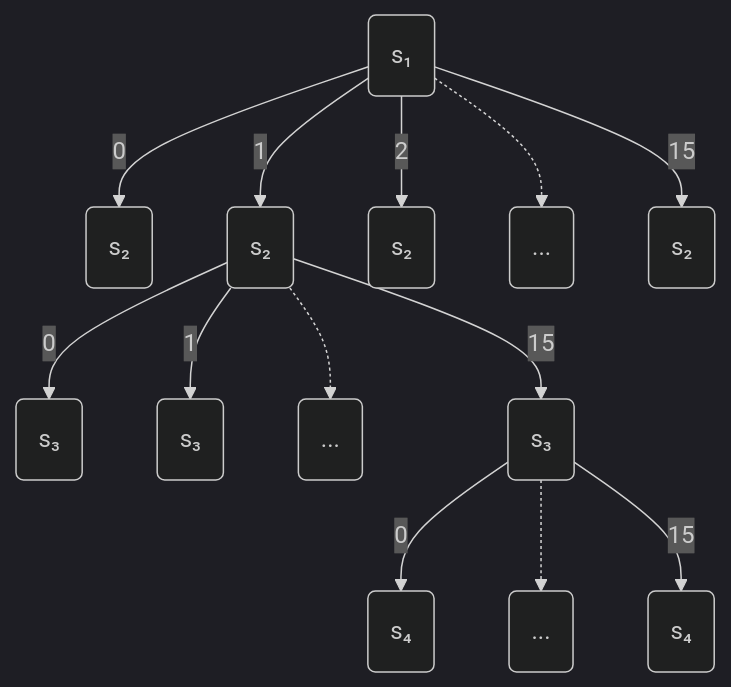
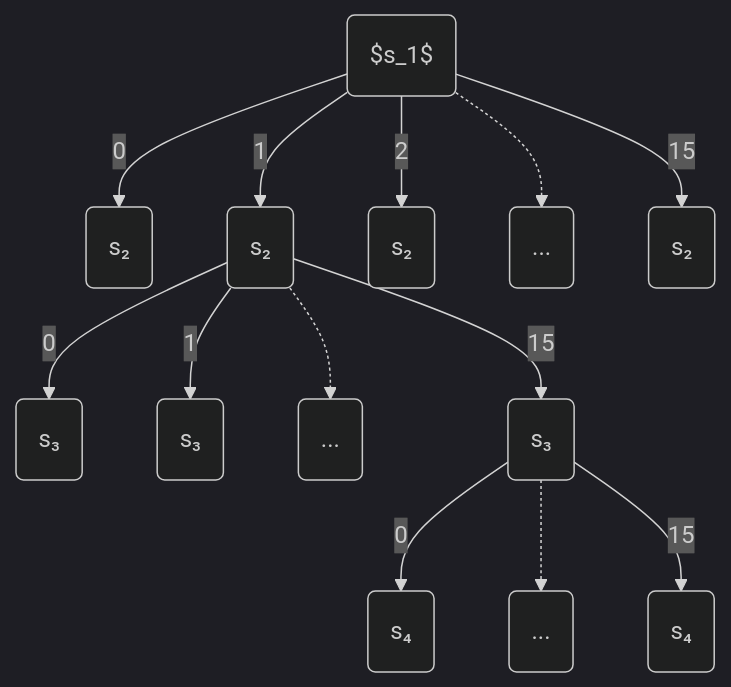
Before and after one commit to Tsumiiiiiiii/Tsumiiiiiiii.github.io: the diagram in content/posts/dice24/dice24_rps_casino.md, drawn with Mermaid (dark theme).

```diff
--- a/content/posts/dice24/dice24_rps_casino.md
+++ b/content/posts/dice24/dice24_rps_casino.md
@@ -254,15 +254,15 @@
 {{< mermaid >}}
 flowchart TD;
-  A("s₁") -->|0| B("s₂")
+  A("$s_1$") -->|0| B("s₂")
   A -->|1| C("s₂")
   A -->|2| D("s₂")
   A -.->  SK1(...)
   A -->|15| F("s₂")
   C --> |0| G("s₃")
   C --> |1| H("s₃")
   C -.->  SK2(...)
   C --> |15| I("s₃")
   I --> |0| J("s₄")
   I -.-> SK3(...)
   I --> |15| K("s₄")
 {{< /mermaid >}}
```
